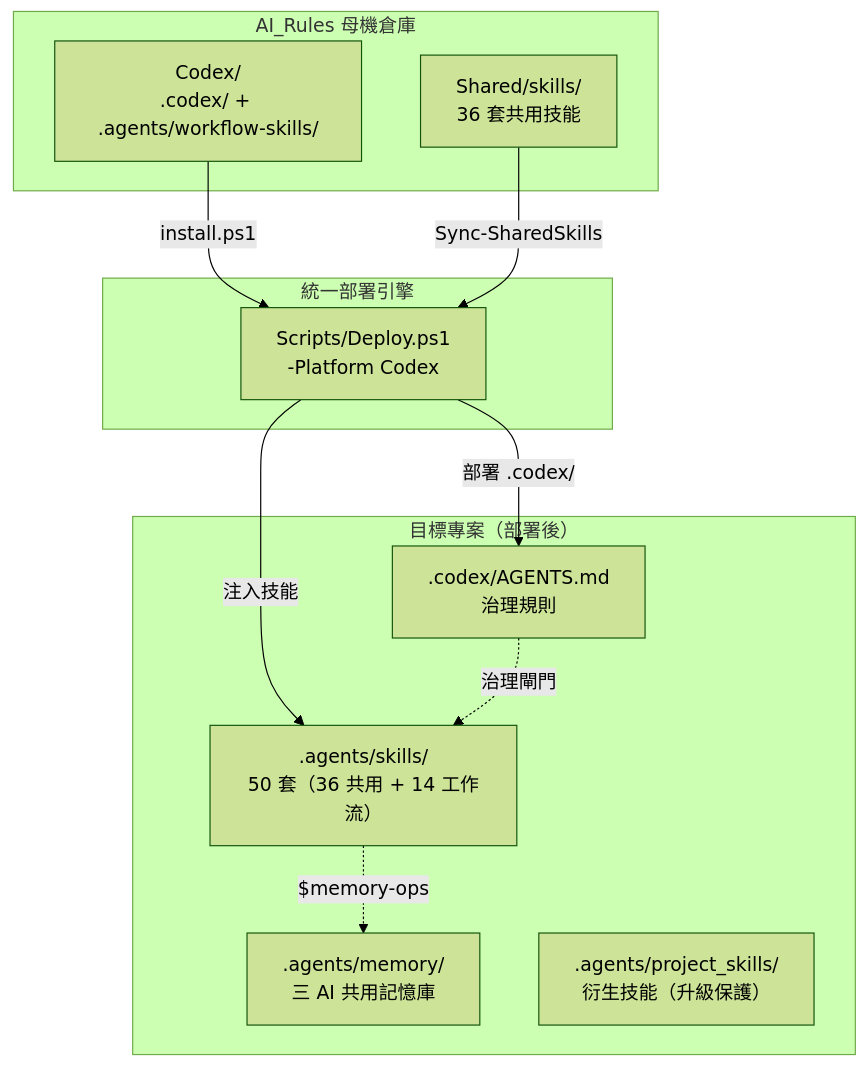
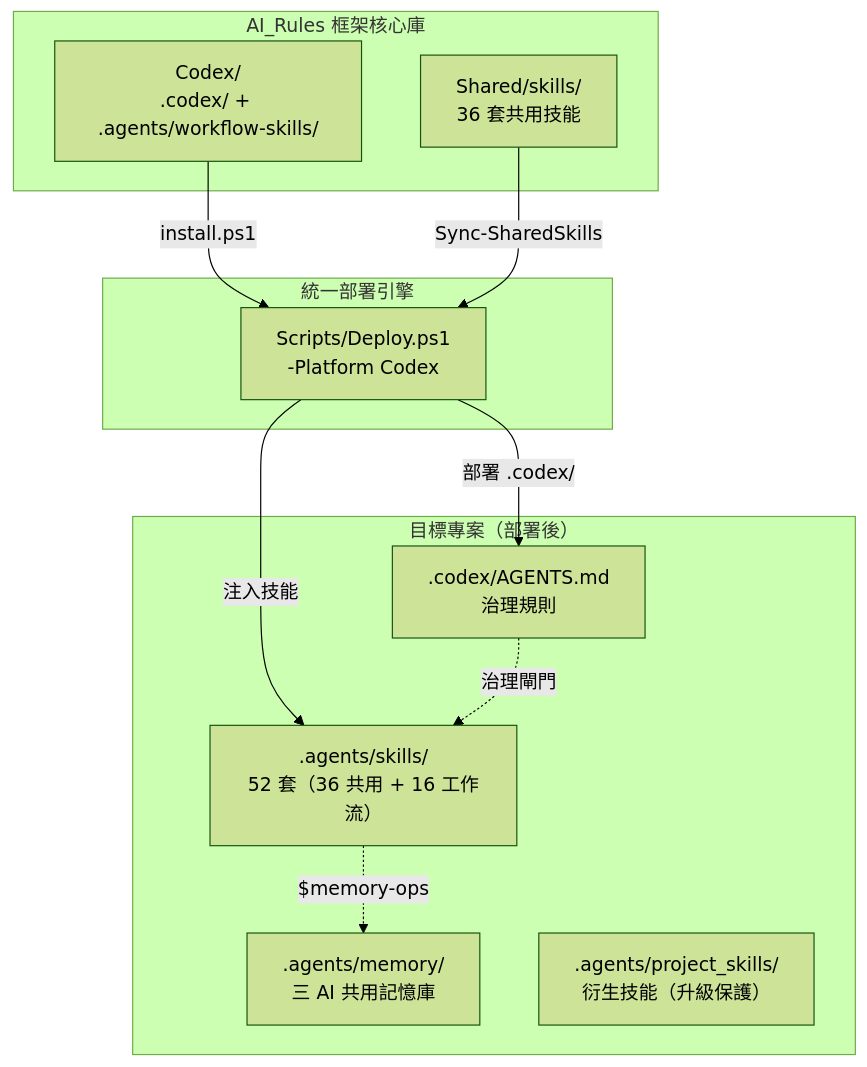
One commit to Kunshao1117/AI_Rules changed the first of 2 diagrams in Codex/README.md. Above: the diagram before and after it, drawn with Mermaid (forest theme). The commit also changed other lines of this file and 43 other files, not shown here.

````diff
--- a/Codex/README.md
+++ b/Codex/README.md
@@ -74,25 +74,25 @@
 ```mermaid
 graph TB
-    subgraph "AI_Rules 母機倉庫"
+    subgraph "AI_Rules 框架核心庫"
         SRC["Codex/<br/>.codex/ + .agents/workflow-skills/"]
         SH["Shared/skills/<br/>36 套共用技能"]
     end
 
     subgraph "統一部署引擎"
         DEPLOY["Scripts/Deploy.ps1<br/>-Platform Codex"]
     end
 
     subgraph "目標專案（部署後）"
         CODEX[".codex/AGENTS.md<br/>治理規則"]
-        SKILLS[".agents/skills/<br/>50 套（36 共用 + 14 工作流）"]
+        SKILLS[".agents/skills/<br/>52 套（36 共用 + 16 工作流）"]
         MEM[".agents/memory/<br/>三 AI 共用記憶庫"]
         PROJ[".agents/project_skills/<br/>衍生技能（升級保護）"]
     end
 
     SRC -->|"install.ps1"| DEPLOY
     SH -->|"Sync-SharedSkills"| DEPLOY
     DEPLOY -->|"部署 .codex/"| CODEX
     DEPLOY -->|"注入技能"| SKILLS
     SKILLS -.->|"$memory-ops"| MEM
     CODEX -.->|"治理閘門"| SKILLS
 ```
````
